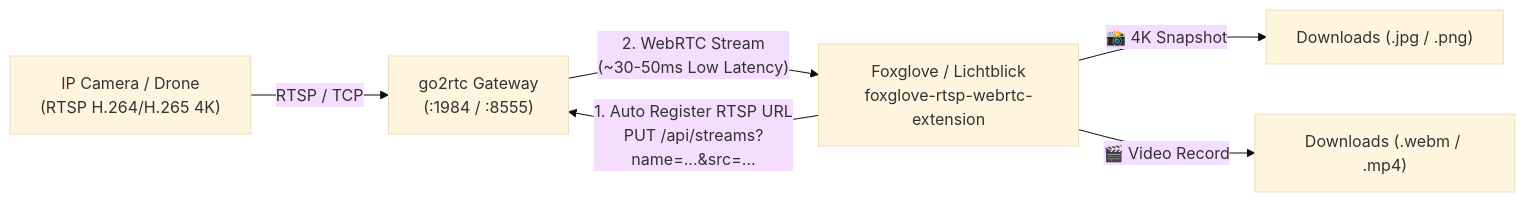
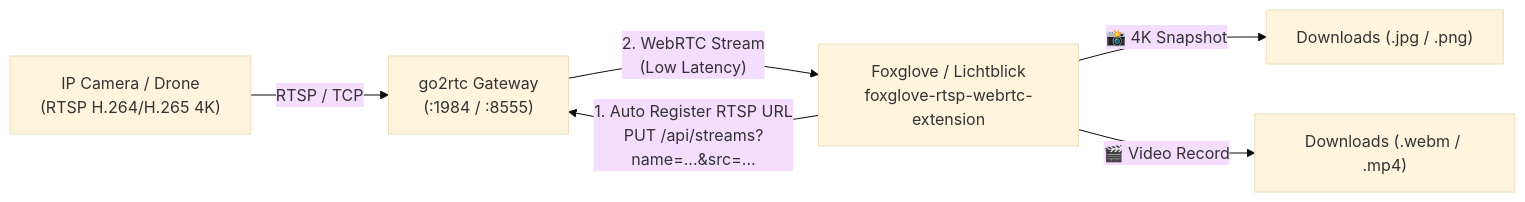
Before and after one commit to aminballoon/foxglove-rtsp-webrtc-extension: the diagram in README.md, drawn with Mermaid (base theme). The commit also changed other lines of this file and 2 other files, not shown here.

Commit message:
docs: remove specific latency

````diff
--- a/README.md
+++ b/README.md
@@ -34,8 +34,8 @@
 ```mermaid
 graph LR
     Camera["IP Camera / Drone<br/>(RTSP H.264/H.265 4K)"] -->|"RTSP / TCP"| go2rtc["go2rtc Gateway<br/>(:1984 / :8555)"]
     Panel["Foxglove / Lichtblick<br/>foxglove-rtsp-webrtc-extension"] -->|"1. Auto Register RTSP URL<br/>PUT /api/streams?name=...&src=..."| go2rtc
-    go2rtc -->|"2. WebRTC Stream<br/>(~30-50ms Low Latency)"| Panel
+    go2rtc -->|"2. WebRTC Stream<br/>(Low Latency)"| Panel
     Panel -->|"📸 4K Snapshot"| Download1["Downloads (.jpg / .png)"]
     Panel -->|"🎬 Video Record"| Download2["Downloads (.webm / .mp4)"]
 ```
````
